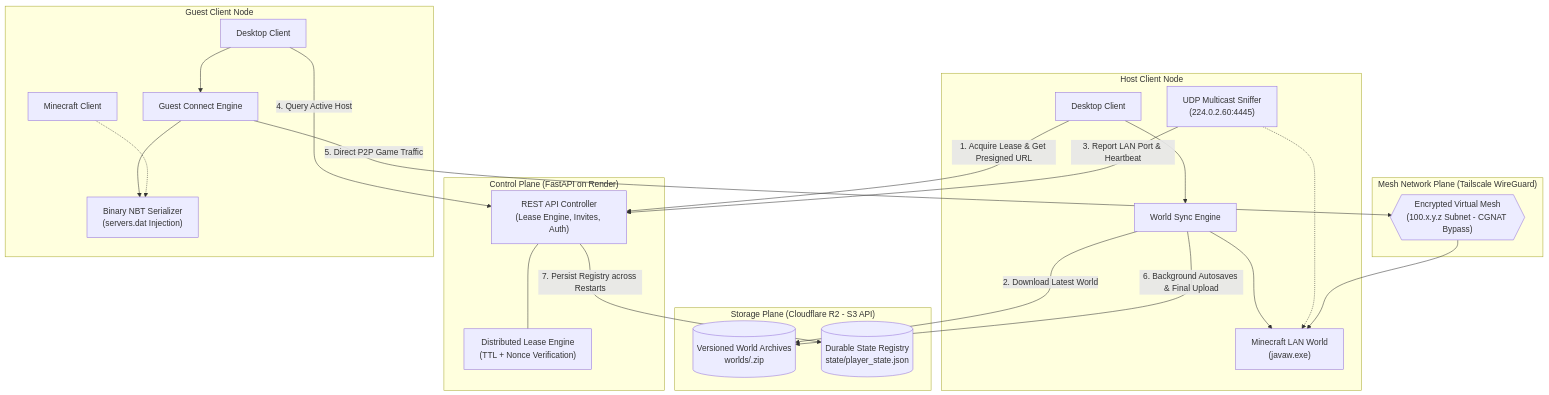
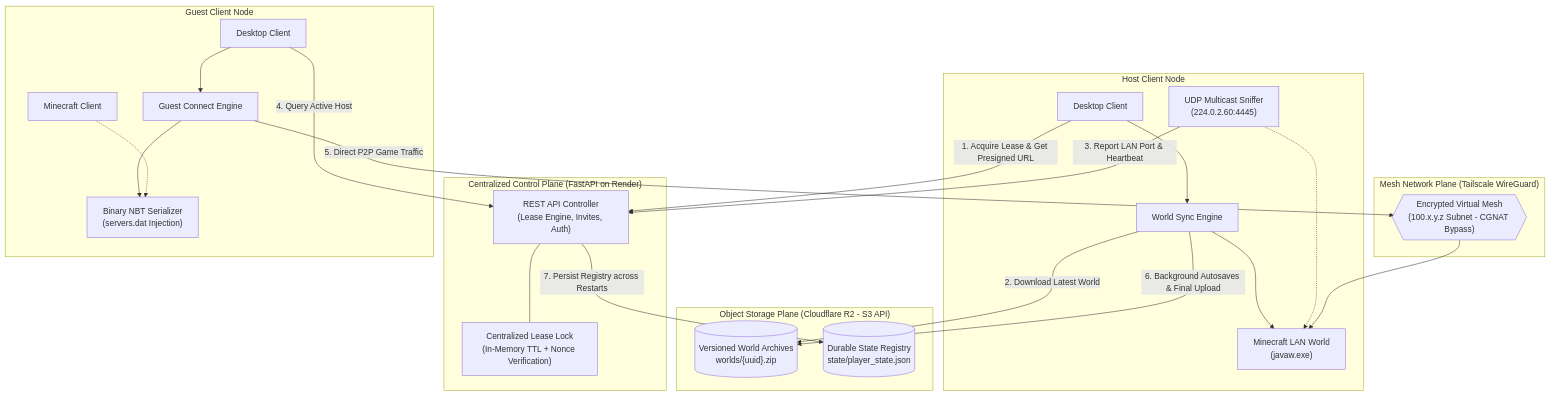
Before and after one commit to DTSiPanda/MC_P2P_Server_Setup: the diagram in README.md, drawn with Mermaid. The commit also changed other lines of this file, not shown here.

Commit message:
docs: address technical feedback on lease locking, crash recovery, security, and prerequisites

````diff
--- a/README.md
+++ b/README.md
@@ -21,38 +21,38 @@
 ```mermaid
 flowchart TD
-    subgraph Control_Plane["Control Plane (FastAPI on Render)"]
+    subgraph Control_Plane["Centralized Control Plane (FastAPI on Render)"]
         API["REST API Controller\n(Lease Engine, Invites, Auth)"]
-        LockEngine["Distributed Lease Engine\n(TTL + Nonce Verification)"]
+        LockEngine["Centralized Lease Lock\n(In-Memory TTL + Nonce Verification)"]
         API --- LockEngine
     end
 
-    subgraph Storage_Plane["Storage Plane (Cloudflare R2 - S3 API)"]
-        R2_Worlds[("Versioned World Archives\nworlds/<UUID>.zip")]
+    subgraph Storage_Plane["Object Storage Plane (Cloudflare R2 - S3 API)"]
+        R2_Worlds[("Versioned World Archives\nworlds/{uuid}.zip")]
         R2_State[("Durable State Registry\nstate/player_state.json")]
     end
 
     subgraph Network_Plane["Mesh Network Plane (Tailscale WireGuard)"]
         TS_Mesh{{"Encrypted Virtual Mesh\n(100.x.y.z Subnet - CGNAT Bypass)"}}
     end
 
     subgraph Host_Peer["Host Client Node"]
         H_App["Desktop Client"] --> H_Sync["World Sync Engine"]
         H_Sync --> MC_Host["Minecraft LAN World\n(javaw.exe)"]
         H_Sniff["UDP Multicast Sniffer\n(224.0.2.60:4445)"] -.-> MC_Host
     end
 
     subgraph Guest_Peer["Guest Client Node"]
         G_App["Desktop Client"] --> G_Join["Guest Connect Engine"]
         G_Join --> G_NBT["Binary NBT Serializer\n(servers.dat Injection)"]
         MC_Guest["Minecraft Client"] -.-> G_NBT
     end
 
     %% Key Workflows
     H_App -- "1. Acquire Lease & Get Presigned URL" --> API
     H_Sync -- "2. Download Latest World" --> R2_Worlds
     H_Sniff -- "3. Report LAN Port & Heartbeat" --> API
     G_App -- "4. Query Active Host" --> API
     G_Join -- "5. Direct P2P Game Traffic" --> TS_Mesh --> MC_Host
     H_Sync -- "6. Background Autosaves & Final Upload" --> R2_Worlds
     API -- "7. Persist Registry across Restarts" --> R2_State
 ```
````
